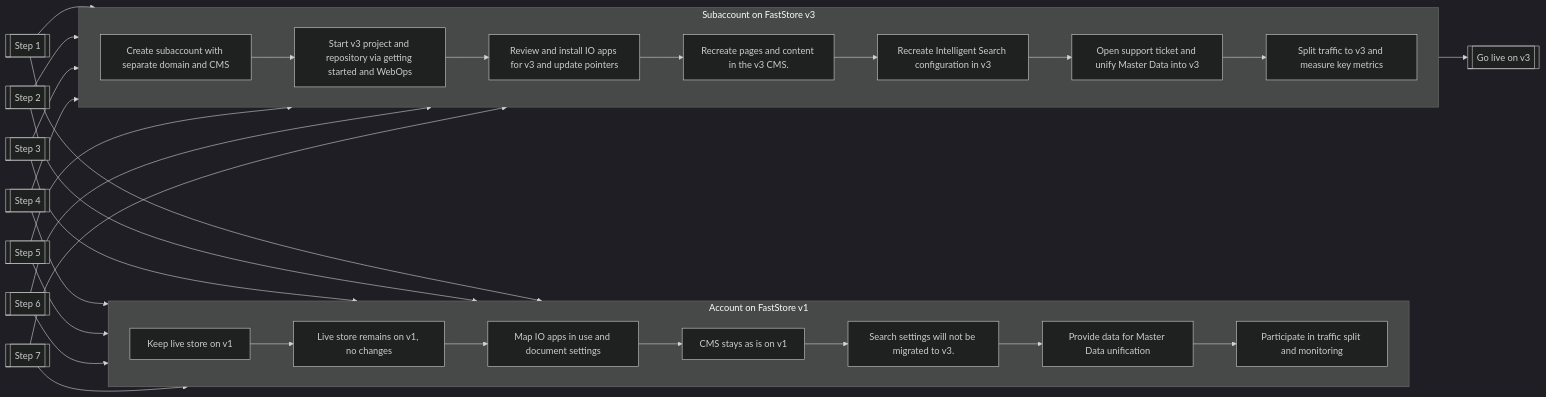
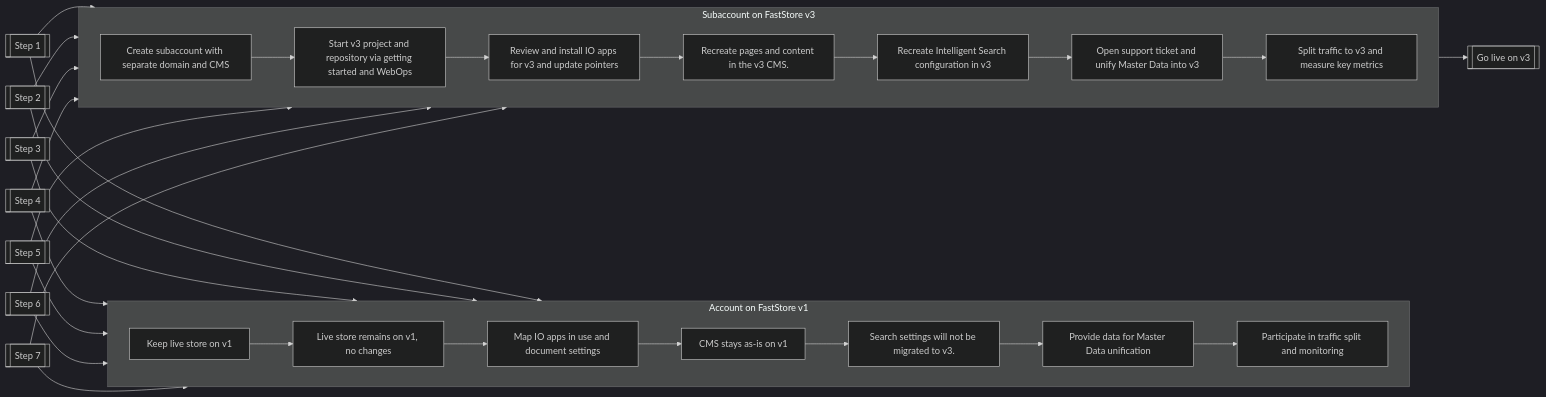
Before and after one commit to vtexdocs/dev-portal-content: the diagram in docs/faststore/docs/getting-started/faststore-v1-to-v3.mdx, drawn with Mermaid (dark theme).

Commit message:
Apply suggestion from @github-actions[bot]

````diff
--- a/docs/faststore/docs/getting-started/faststore-v1-to-v3.mdx
+++ b/docs/faststore/docs/getting-started/faststore-v1-to-v3.mdx
@@ -16,48 +16,48 @@
 ```mermaid
 flowchart LR
 
 step1[[Step 1]]
 step2[[Step 2]]
 step3[[Step 3]]
 step4[[Step 4]]
 step5[[Step 5]]
 step6[[Step 6]]
 step7[[Step 7]]
 done[[Go live on v3]]
 
 subgraph L1[Account on FastStore v1]
 direction LR
 v1_s1[Keep live store on v1] --> v1_s2[Live store remains on v1, no changes]
 v1_s2 --> v1_s3[Map IO apps in use and document settings]
-v1_s3 --> v1_s4[CMS stays as is on v1]
+v1_s3 --> v1_s4[CMS stays as-is on v1]
 v1_s4 --> v1_s5[Search settings will not be migrated to v3.]
 v1_s5 --> v1_s6[Provide data for Master Data unification]
 v1_s6 --> v1_s7[Participate in traffic split and monitoring]
 end
 
 subgraph L2[Subaccount on FastStore v3]
 direction LR 
 v3_s1[Create subaccount with separate domain and CMS] --> v3_s2[Start v3 project and repository via getting started and WebOps]
 v3_s2 --> v3_s3[Review and install IO apps for v3 and update pointers]
 v3_s3 --> v3_s4[Recreate pages and content in the v3 CMS.]
 v3_s4 --> v3_s5[Recreate Intelligent Search configuration in v3]
 v3_s5 --> v3_s6[Open support ticket and unify Master Data into v3]
 v3_s6 --> v3_s7[Split traffic to v3 and measure key metrics]
 end
 
 step1 --> v1_s1
 step1 --> v3_s1
 step2 --> v1_s2
 step2 --> v3_s2
 step3 --> v1_s3
 step3 --> v3_s3
 step4 --> v1_s4
 step4 --> v3_s4
 step5 --> v1_s5
 step5 --> v3_s5
 step6 --> v1_s6
 step6 --> v3_s6
 step7 --> v1_s7
 step7 --> v3_s7
 v3_s7 --> done
 ```
````
